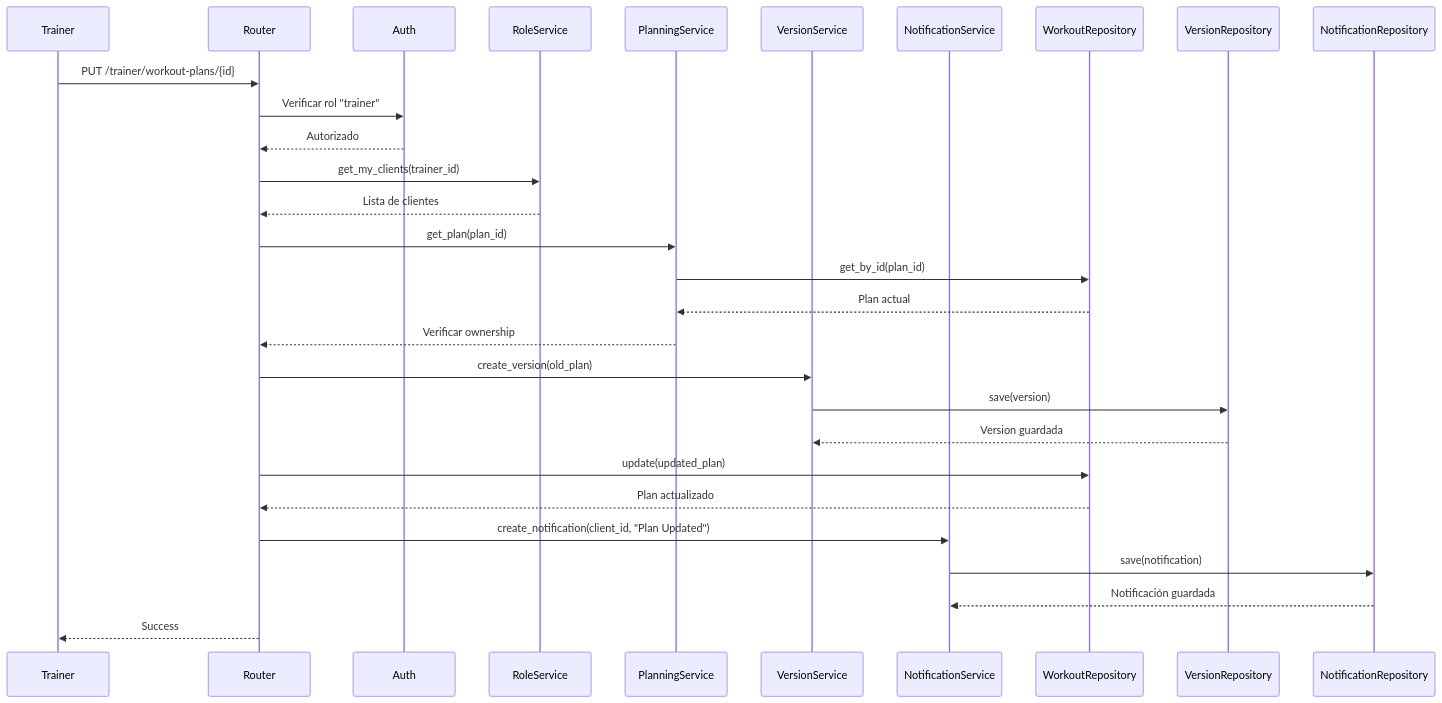
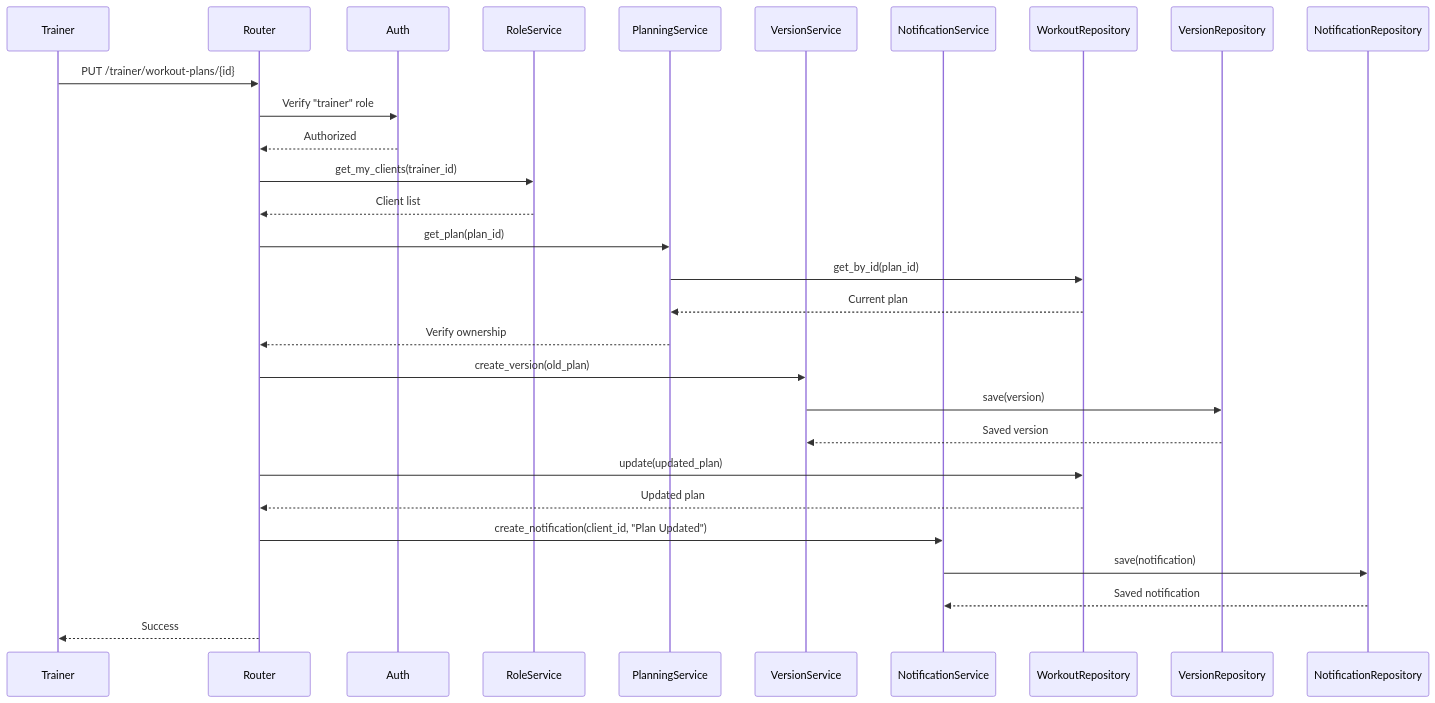
The fifth of 5 diagrams in ARCHITECTURE.md (LuisFelipe09/agent_fitness), drawn with Mermaid before and after one commit. The commit also changed other lines of this file and 1 other file, not shown here.

Commit message:
docs: Translate architecture document to English and create project README.

````diff
--- a/ARCHITECTURE.md
+++ b/ARCHITECTURE.md
@@ -325,38 +325,38 @@
 ```mermaid
 sequenceDiagram
     participant T as Trainer
     participant R as Router
     participant Auth as Auth
     participant RS as RoleService
     participant PS as PlanningService
     participant VS as VersionService
     participant NS as NotificationService
     participant WR as WorkoutRepository
     participant VR as VersionRepository
     participant NR as NotificationRepository
     
     T->>R: PUT /trainer/workout-plans/{id}
-    R->>Auth: Verificar rol "trainer"
-    Auth-->>R: Autorizado
+    R->>Auth: Verify "trainer" role
+    Auth-->>R: Authorized
     
     R->>RS: get_my_clients(trainer_id)
-    RS-->>R: Lista de clientes
+    RS-->>R: Client list
     
     R->>PS: get_plan(plan_id)
     PS->>WR: get_by_id(plan_id)
-    WR-->>PS: Plan actual
-    PS-->>R: Verificar ownership
+    WR-->>PS: Current plan
+    PS-->>R: Verify ownership
     
     R->>VS: create_version(old_plan)
     VS->>VR: save(version)
-    VR-->>VS: Version guardada
+    VR-->>VS: Saved version
     
     R->>WR: update(updated_plan)
-    WR-->>R: Plan actualizado
+    WR-->>R: Updated plan
     
     R->>NS: create_notification(client_id, "Plan Updated")
     NS->>NR: save(notification)
-    NR-->>NS: Notificación guardada
+    NR-->>NS: Saved notification
     
     R-->>T: Success
 ```
````
